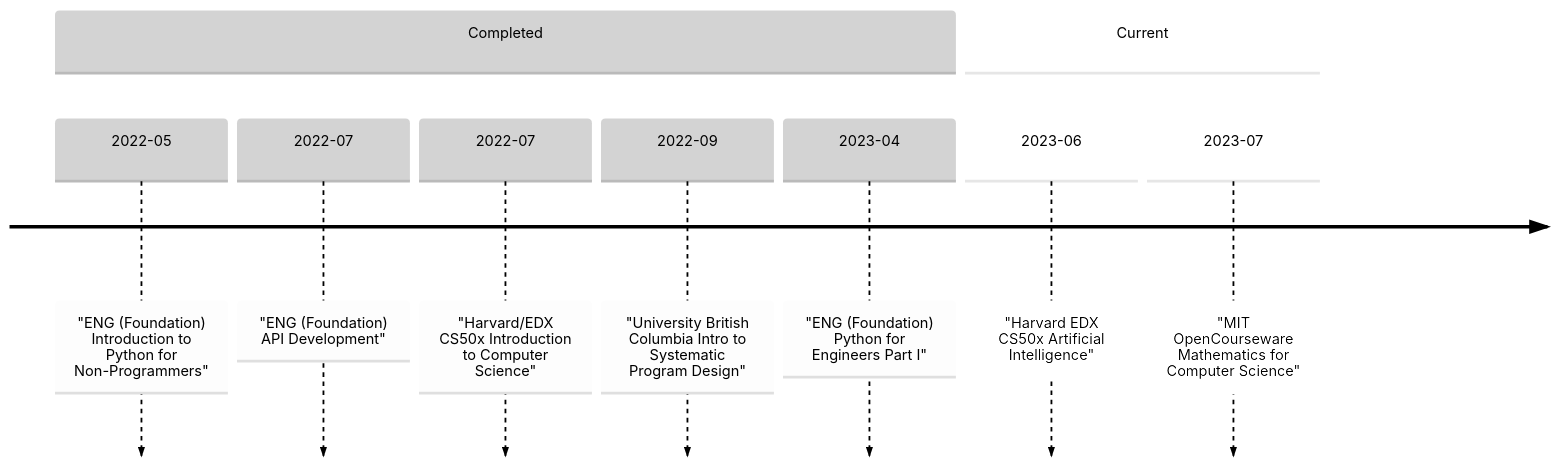
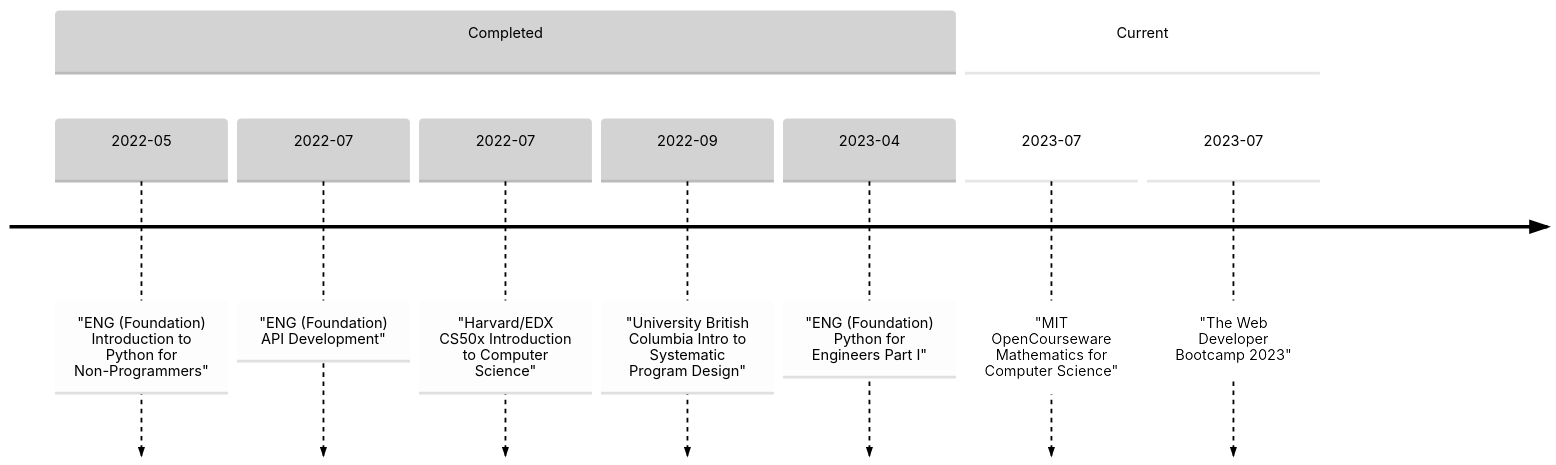
Before and after one commit to CodyCardinal/My-Learning-Journey: the diagram in README.md, drawn with Mermaid. The commit also changed other lines of this file, not shown here.

````diff
--- a/README.md
+++ b/README.md
@@ -3,17 +3,17 @@
 ```mermaid
 %%{init: { 'logLevel': 'debug', 'theme': 'forest' , 'themeVariables': {
               'cScale0': '#D3D3D3', 'cScaleLabel0': '#fffff',
               'cScale1': '#ffffff',
               'cScale2': '#D3D3D3', 'cScaleLabel2': '#ffffff'
        } } }%%
 timeline
 section Completed
 2022-05: "ENG (Foundation) Introduction to Python for Non-Programmers"
 2022-07: "ENG (Foundation) API Development"
 2022-07: "Harvard/EDX CS50x Introduction to Computer Science"
 2022-09: "University British Columbia Intro to Systematic Program Design"
 2023-04: "ENG (Foundation) Python for Engineers Part I"
 section Current
-2023-06: "Harvard EDX CS50x Artificial Intelligence"
 2023-07: "MIT OpenCourseware Mathematics for Computer Science"
+2023-07: "The Web Developer Bootcamp 2023"
 ```
````
